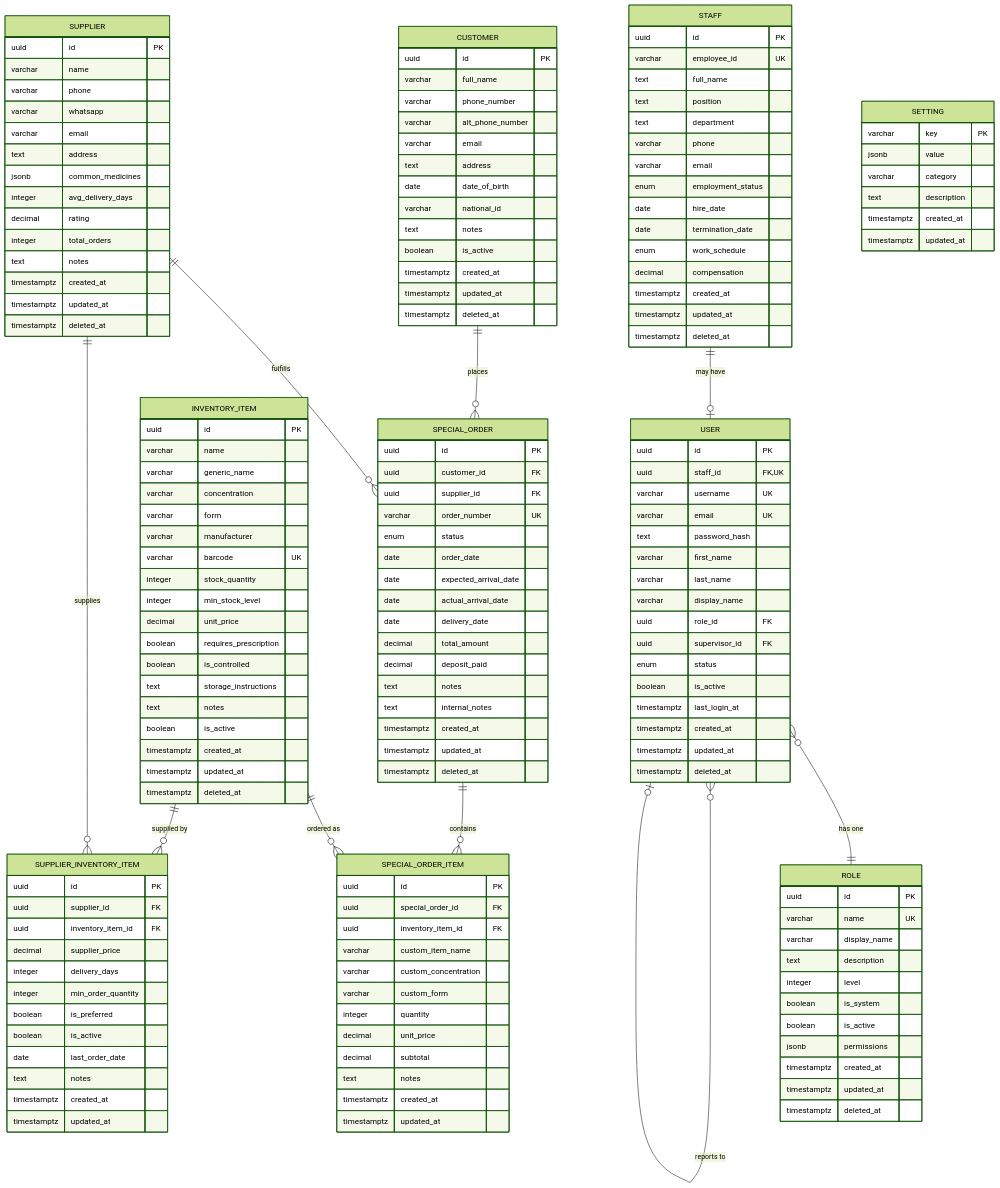
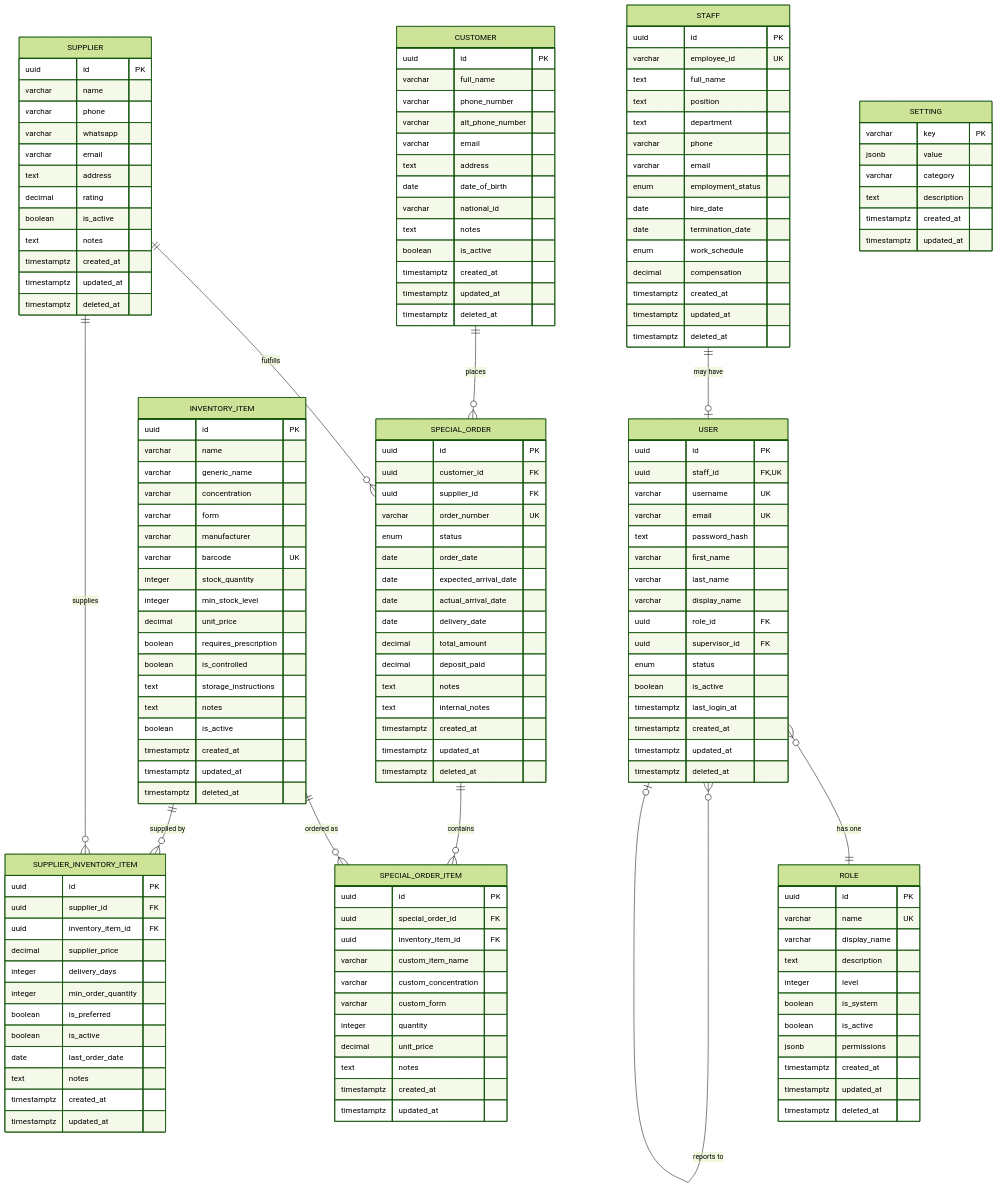
One commit to sabry-awad97/meditrack changed the second of 2 diagrams in apps/web/src-tauri/db/entity/ENTITY_MODEL.md. Above: the diagram before and after it, drawn with Mermaid (forest theme). The commit also changed 8 other files, not shown here.

First line of the commit message:
refactor(db): Standardize migration table references and simplify entity schema

```diff
--- a/apps/web/src-tauri/db/entity/ENTITY_MODEL.md
+++ b/apps/web/src-tauri/db/entity/ENTITY_MODEL.md
@@ -439,7 +439,6 @@
         varchar custom_form
         integer quantity
         decimal unit_price
-        decimal subtotal
         text notes
         timestamptz created_at
         timestamptz updated_at
@@ -453,10 +452,8 @@
         varchar whatsapp
         varchar email
         text address
-        jsonb common_medicines
-        integer avg_delivery_days
         decimal rating
-        integer total_orders
+        boolean is_active
         text notes
         timestamptz created_at
         timestamptz updated_at
```
